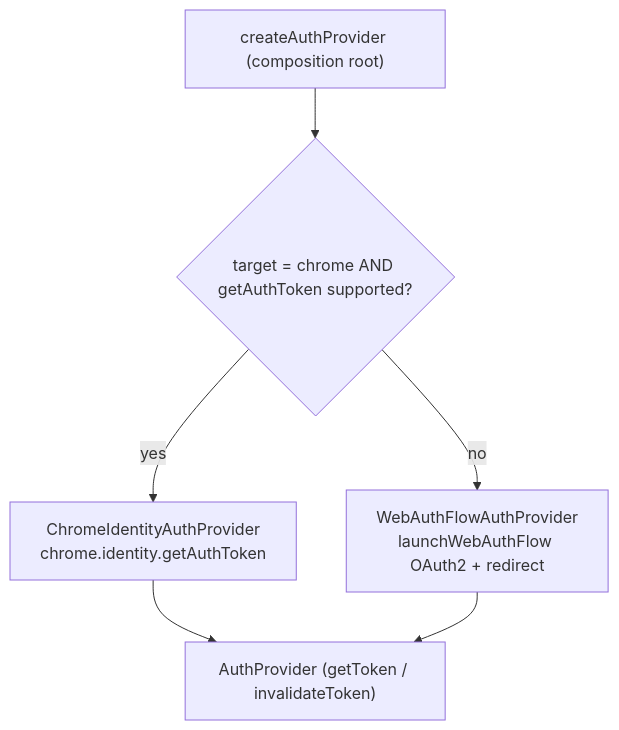
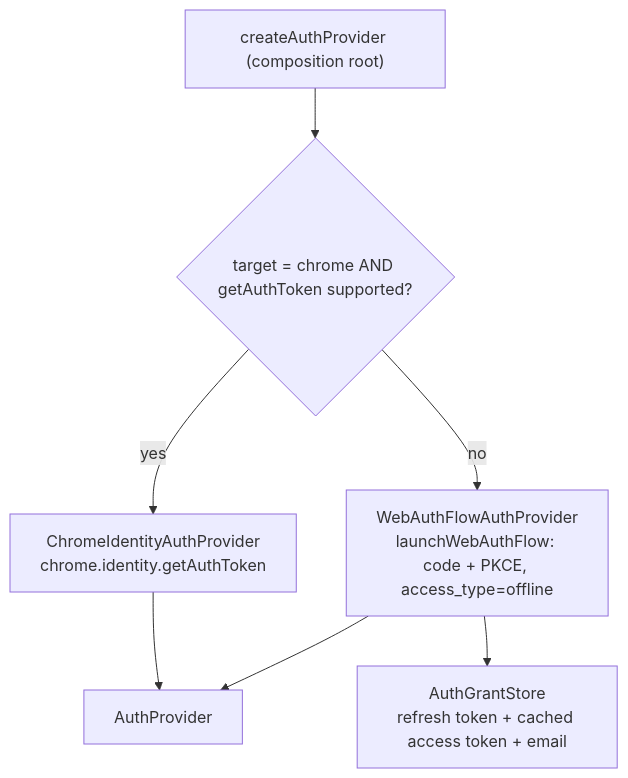
Before and after one commit to CorneiZeR/chrome-meeting-recording-extension: the diagram in src/platform/capabilities/README.md, drawn with Mermaid. The commit also changed other lines of this file and 49 other files, not shown here.

````diff
--- a/src/platform/capabilities/README.md
+++ b/src/platform/capabilities/README.md
@@ -22,8 +25,9 @@
 ```mermaid
 flowchart TD
     R["createAuthProvider (composition root)"] --> Q{"target = chrome AND getAuthToken supported?"}
     Q -->|yes| CI["ChromeIdentityAuthProvider<br/>chrome.identity.getAuthToken"]
-    Q -->|no| WF["WebAuthFlowAuthProvider<br/>launchWebAuthFlow OAuth2 + redirect"]
-    CI --> P["AuthProvider (getToken / invalidateToken)"]
+    Q -->|no| WF["WebAuthFlowAuthProvider<br/>launchWebAuthFlow: code + PKCE, access_type=offline"]
+    WF --> ST["AuthGrantStore<br/>refresh token + cached access token + email"]
+    CI --> P["AuthProvider"]
     WF --> P
 ```
````
